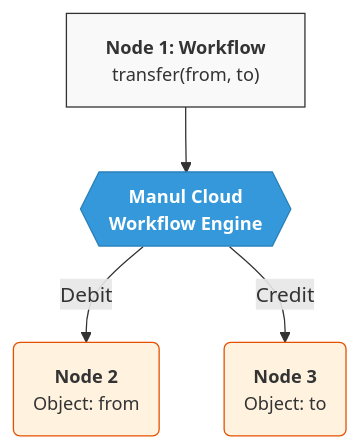
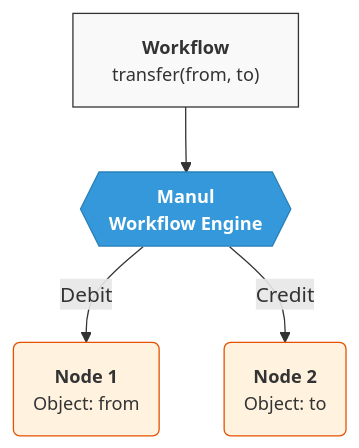
Before and after one commit to wizardleeen/manul-slides: the third of 4 diagrams in slides.md, drawn with Mermaid. The commit also changed other lines of this file, not shown here.

Commit message:
chore: optimize diagrams

````diff
--- a/slides.md
+++ b/slides.md
@@ -295,22 +295,22 @@
 ```mermaid
 graph TD
     %% The Orchestrator Node (Top)
-    Runner["<b>Node 1: Workflow</b><br/>transfer(from, to)"]:::app
+    Runner["<b>Workflow</b><br/>transfer(from, to)"]:::app
 
-    %% The Manul Runtime (Center Hub)
-    Manul{{"<b>Manul Cloud</b><br/>Workflow Engine"}}:::magic
+    %% The Manul (Center Hub)
+    Manul{{"<b>Manul</b><br/>Workflow Engine"}}:::magic
 
     %% The Data Nodes (Bottom, Side-by-Side)
-    NodeA("<b>Node 2</b><br/>Object: from"):::db
-    NodeB("<b>Node 3</b><br/>Object: to"):::db
+    NodeA("<b>Node 1</b><br/>Object: from"):::db
+    NodeB("<b>Node 2</b><br/>Object: to"):::db
 
     %% Connections
     Runner --> Manul
     Manul -- "Debit" --> NodeA
     Manul -- "Credit" --> NodeB
 
     %% Compact Styling
     classDef app fill:#f9f9f9,stroke:#333,stroke-width:1px,font-size:14px,color:#333;
     classDef magic fill:#3498db,stroke:#2980b9,color:#fff,font-weight:bold,font-size:14px;
     classDef db fill:#fff3e0,stroke:#e65100,font-size:14px,color:#333;
 ```
````
